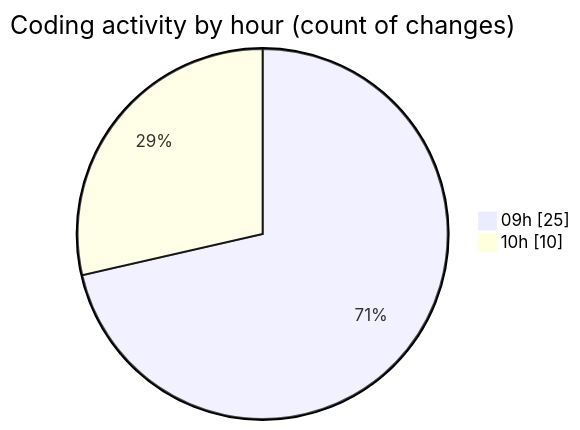
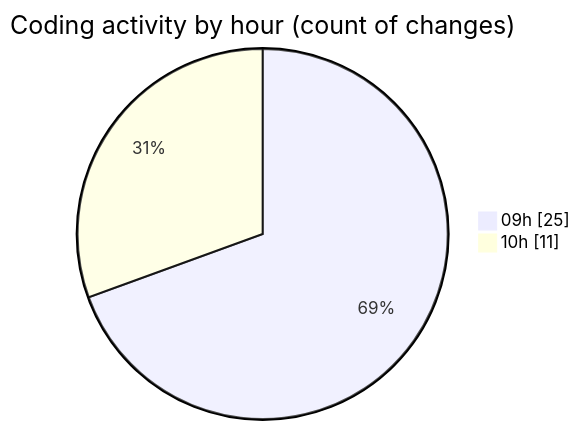
The second of 2 diagrams in 2025-05-07/cda/README.md (momahboobian/code-tracking), drawn with Mermaid before and after one commit. The commit also changed other lines of this file and 1 other file, not shown here.

````diff
--- a/2025-05-07/cda/README.md
+++ b/2025-05-07/cda/README.md
@@ -50,6 +51,6 @@
 ```mermaid
 pie showData
 title Coding activity by hour (count of changes)
 "09h" : 25
-"10h" : 10
+"10h" : 11
 ```
````
